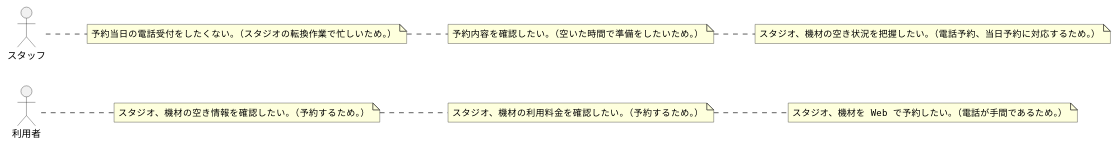
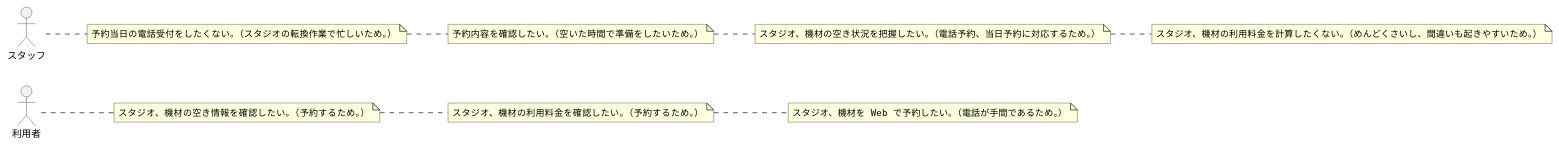
One commit to TakashiOnawa/ddd-practice-studio-reservation changed the diagram in modeling/02_RequirementModel.pu. Above: the diagram before and after it, drawn with PlantUML. The commit also changed 33 other files, not shown here.

```diff
--- a/modeling/02_RequirementModel.pu
+++ b/modeling/02_RequirementModel.pu
@@ -1,19 +1,21 @@
 @startuml RequirementModel
 
 left to right direction
 
 actor 利用者
 note right : スタジオ、機材の空き情報を確認したい。（予約するため。）
 actor 利用者
 note right : スタジオ、機材の利用料金を確認したい。（予約するため。）
 actor 利用者
 note right : スタジオ、機材を Web で予約したい。（電話が手間であるため。）
 
 actor スタッフ
 note right : 予約当日の電話受付をしたくない。（スタジオの転換作業で忙しいため。）
 actor スタッフ
 note right : 予約内容を確認したい。（空いた時間で準備をしたいため。）
 actor スタッフ
 note right : スタジオ、機材の空き状況を把握したい。（電話予約、当日予約に対応するため。）
+actor スタッフ
+note right : スタジオ、機材の利用料金を計算したくない。（めんどくさいし、間違いも起きやすいため。）
 
 @enduml
```
